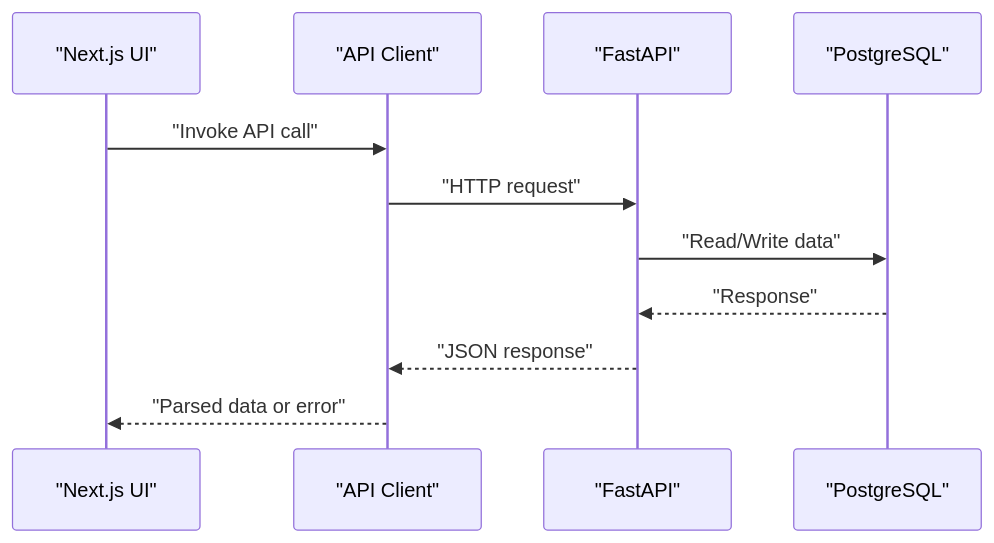
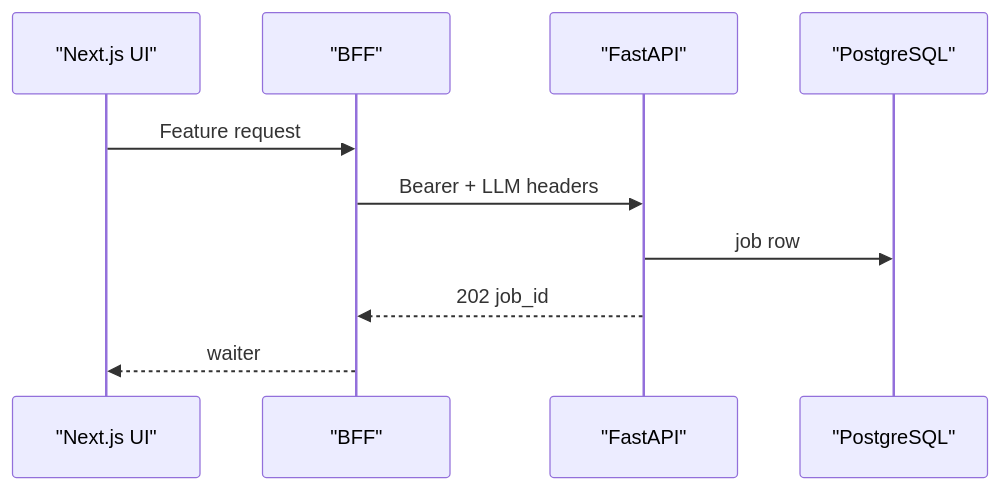
The third of 6 diagrams in src/data/docs/talentsync/Project Overview/Technical Architecture Overview.md (tashifkhan/tashif.codes), drawn with Mermaid before and after one commit. The commit also changed other lines of this file and 2128 other files, not shown here.

First line of the commit message:
docs: replace raster diagram images with native Mermaid across project guides

````diff
--- a/src/data/docs/talentsync/Project Overview/Technical Architecture Overview.md
+++ b/src/data/docs/talentsync/Project Overview/Technical Architecture Overview.md
@@ -92,13 +89,12 @@
 ```mermaid
 sequenceDiagram
 participant UI as "Next.js UI"
-participant Client as "API Client"
+participant BFF as "BFF"
 participant Backend as "FastAPI"
 participant DB as "PostgreSQL"
-UI->>Client : "Invoke API call"
-Client->>Backend : "HTTP request"
-Backend->>DB : "Read/Write data"
-DB-->>Backend : "Response"
-Backend-->>Client : "JSON response"
-Client-->>UI : "Parsed data or error"
+UI->>BFF : Feature request
+BFF->>Backend : Bearer + LLM headers
+Backend->>DB : job row
+Backend-->>BFF : 202 job_id
+BFF-->>UI : waiter
 ```
````
